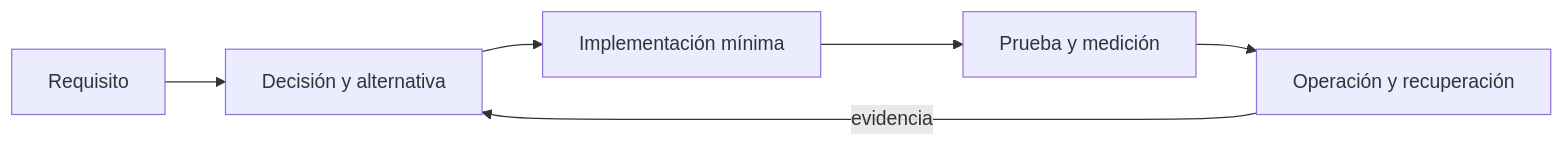
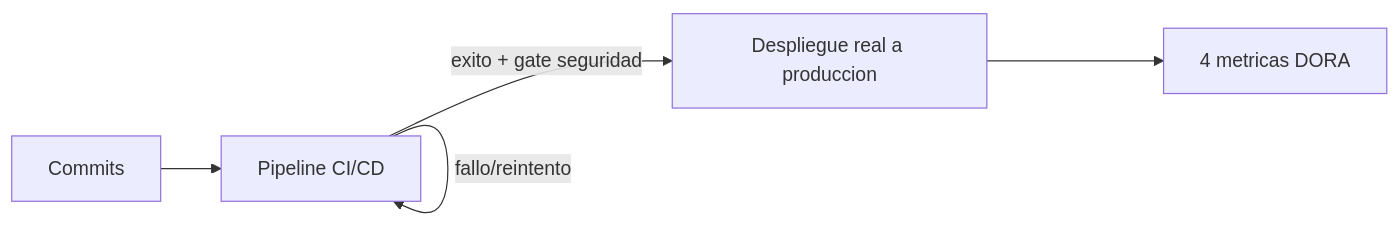
One commit to NICORUIZ93/Academia_Floci changed the sixth of 6 diagrams in web/public/content/devops/modulo-15.md. Above: the diagram before and after it, drawn with Mermaid. The commit also changed other lines of this file and 38 other files, not shown here.

````diff
--- a/web/public/content/devops/modulo-15.md
+++ b/web/public/content/devops/modulo-15.md
@@ -328,8 +300,7 @@
 ```mermaid
 flowchart LR
-  A[Requisito] --> B[Decisión y alternativa]
-  B --> C[Implementación mínima]
-  C --> D[Prueba y medición]
-  D --> E[Operación y recuperación]
-  E -->|evidencia| B
+  A[Commits] --> B[Pipeline CI/CD]
+  B -->|exito + gate seguridad| C[Despliegue real a produccion]
+  B -->|fallo/reintento| B
+  C --> D[4 metricas DORA]
 ```
````
